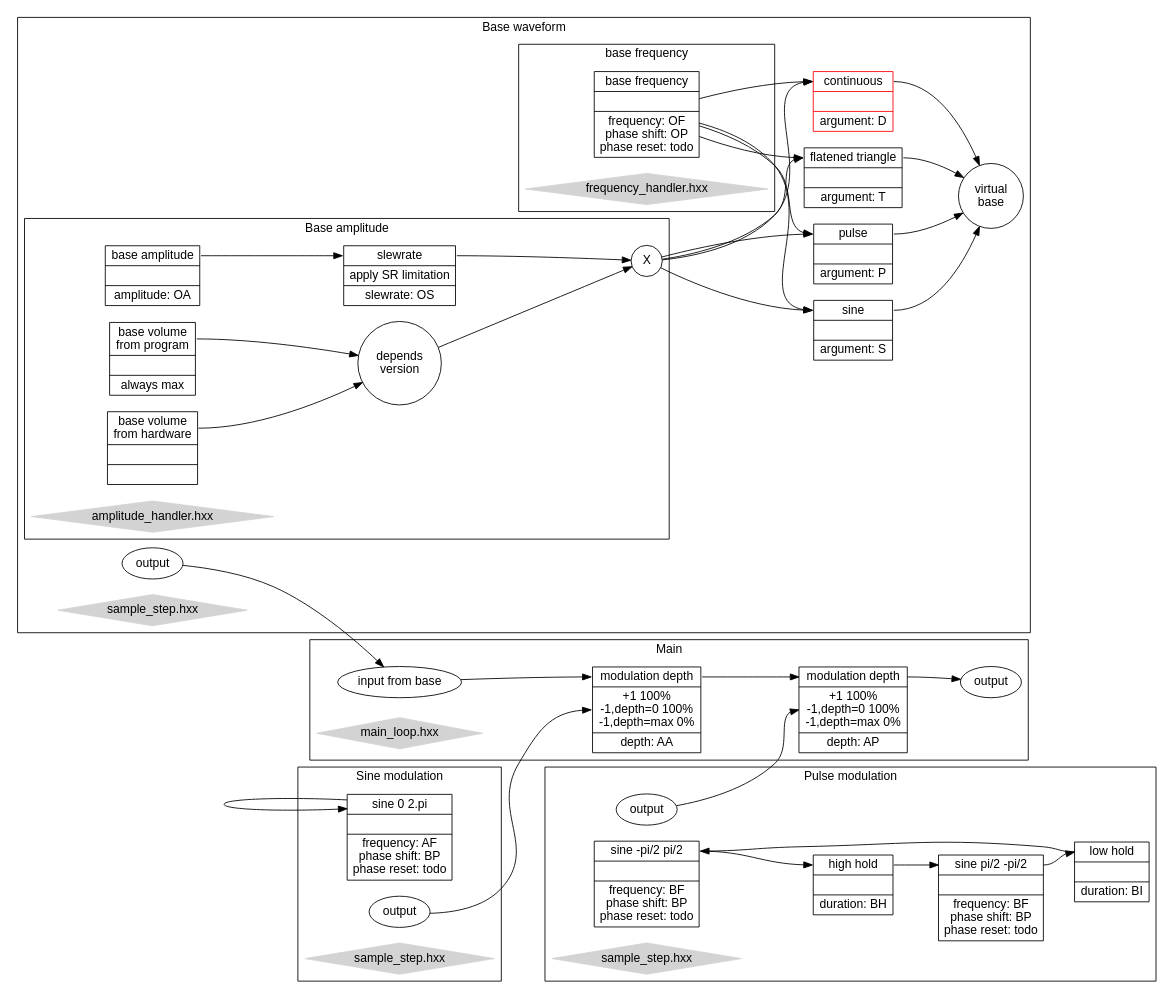
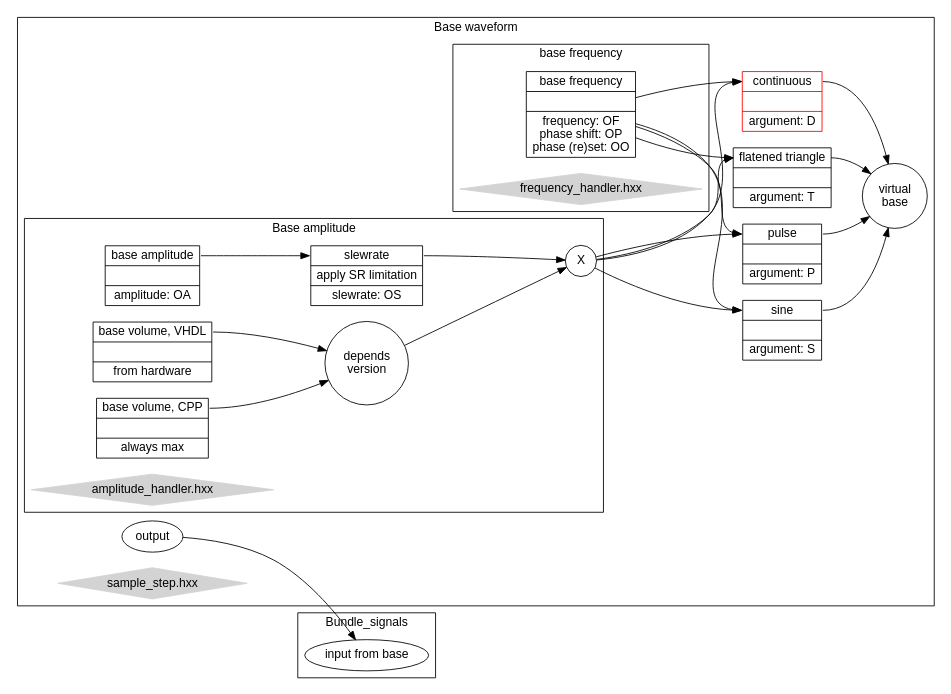
One commit to ElecGeek/MultiSignalGene changed the diagram in Documentation/Wave_gene.gv. Above: the diagram before and after it, drawn with Graphviz. The commit also changed 14 other files, not shown here.

```diff
--- a/Documentation/Wave_gene.gv
+++ b/Documentation/Wave_gene.gv
@@ -1,109 +1,69 @@
 digraph g {
 		comment=""
 		comment="Sorry my lisp installation of graphviz is broken. I hope to fix it ASAP"
 		comment=""
 		 fontname="Helvetica,Arial,sans-sherif"
 		 node [fontname="Helvetica,Arial,sans-sherif"]
 		 edge [fontname="Helvetica,Arial,sans-sherif"]
 		 graph [rankdir="LR"]
 
 		 subgraph cluster_sample_base {
 		 		 subgraph cluster_sample_frequency {
 		 		 		  node [shape=record]
 				 		  subgraph sample_base_frequency {
-				  				  node [label="<f0>base frequency||frequency: OF\nphase shift: OP\nphase reset: todo"] n_sample_base_frequency;
+				  				  node [label="<f0>base frequency||frequency: OF\nphase shift: OP\nphase (re)set: OO"] n_sample_base_frequency;
 					   }
 				  	   node [label="frequency_handler.hxx";shape=diamond;style=filled;color=lightgrey] "n_sample_frequency_filename";
 					  label="base frequency";
 				  	}
 		 		 subgraph cluster_sample_amplitude {
 		 		 		  node [shape=record]
 				 		  subgraph sample_base_amplitude {
 				  				  node [label="<f0>base amplitude||amplitude: OA"] n_sample_amplitude_soft;
 				  				  node [label="<f0>slewrate|apply SR limitation|slewrate: OS"] n_sample_amplitude_slewrate;
-				  				  node [label="<f0>base volume\nfrom program||always max"] n_sample_volume_soft;
-				  				  node [label="<f0>base volume\nfrom hardware||"] n_sample_volume_hard;
+				  				  node [label="<f0>base volume, CPP||always max"] n_sample_volume_soft;
+				  				  node [label="<f0>base volume, VHDL||from hardware"] n_sample_volume_hard;
 						}
 				  node [label="depends\nversion";shape=circle] "n_sample_amplitude_version";
 				  node [label="X"] "n_sample_amplitude_product";
 				  "n_sample_volume_soft":f0 -> "n_sample_amplitude_version" [arrowtail=odiamond];
 				  "n_sample_volume_hard":f0 -> "n_sample_amplitude_version";
 				  "n_sample_amplitude_version" -> "n_sample_amplitude_product";
 				  "n_sample_amplitude_soft":f0 -> "n_sample_amplitude_slewrate":f0;
 				  "n_sample_amplitude_slewrate":f0 -> "n_sample_amplitude_product"
 			       label = "Base amplitude";
 			  	   node [label="amplitude_handler.hxx";shape=diamond;style=filled;color=lightgrey] "n_sample_amplitude_filename";
 		 		  }
 		 		  node [shape=record]
 				  subgraph sample_base_shapes {
 				  				  node [label="<f0>sine||argument: S"] n_sample_base_sine;
 				  				  node [label="<f0>pulse||argument: P"] n_sample_base_pulse;
 				  				  node [label="<f0>flatened triangle||argument: T"] n_sample_base_triangle;
 				  				  node [label="<f0>continuous||argument: D";color=red] n_sample_base_dc;
 				  }
 				  "n_sample_base_frequency" -> "n_sample_base_sine":f0;
 				  "n_sample_base_frequency" -> "n_sample_base_pulse":f0;
 				  "n_sample_base_frequency" -> "n_sample_base_triangle":f0;
 				  "n_sample_base_frequency" -> "n_sample_base_dc":f0;
 				  "n_sample_amplitude_product" -> "n_sample_base_sine":f0;
 				  "n_sample_amplitude_product" -> "n_sample_base_pulse":f0;
 				  "n_sample_amplitude_product" -> "n_sample_base_triangle":f0;
 				  "n_sample_amplitude_product" -> "n_sample_base_dc":f0;
 				  node [label="virtual\nbase";shape=circle] n_sample_base_virtual_base;
 				  "n_sample_base_sine":f0 -> "n_sample_base_virtual_base" [arrowtail=odiamond];
 				  "n_sample_base_pulse":f0 -> "n_sample_base_virtual_base";
 				  "n_sample_base_triangle":f0 -> "n_sample_base_virtual_base";
 				  "n_sample_base_dc":f0 -> "n_sample_base_virtual_base";
 				  
 				  label = "Base waveform";
 				  node [label="output";shape=ellipse] "n_sample_base_out";
 				  node [label="sample_step.hxx";shape=diamond;style=filled;color=lightgrey] "n_sample_base_filename";
 
 		 }
 
-		 subgraph cluster_sample_modulation {
-		 		  node [shape=record]
-		 		  node [label="<f0>sine 0 2.pi||frequency: AF\nphase shift: BP\nphase reset: todo"] "n_sample_modulation_1";
-				  "n_sample_modulation_1":f0 -> "n_sample_modulation_1":f0;
-				  label = "Sine modulation";
-				  node [label="output";shape=ellipse] "n_sample_modulation_out";
-				  node [label="sample_step.hxx";shape=diamond;style=filled;color=lightgrey] "n_sample_modulation_filename";
+		 subgraph cluster_sample_bundle {
+  		 		  node [label="input from base";shape=ellipse] "n_bundle_signals_in";
+ 				  label = "Bundle_signals";
 		 }
-
-		 subgraph cluster_sample_pulse {
-		 		  subgraph sample_pulse_cycle {
-				  		 		  node [shape=record]
-		 		  				  node [label="<f0>sine -pi/2 pi/2||frequency: BF\nphase shift: BP\nphase reset: todo"] "n_sample_pulse_1";
-		 		  				  node [label="<f0>high hold||duration: BH"] "n_sample_pulse_2";
-		 		  				  node [label="<f0>sine pi/2 -pi/2||frequency: BF\nphase shift: BP\nphase reset: todo"] "n_sample_pulse_3";
-		 		  				  node [label="<f0>low hold||duration: BI"] "n_sample_pulse_4";
-				  }
-				  "n_sample_pulse_1":f0 -> "n_sample_pulse_2":f0;
-				  "n_sample_pulse_2":f0 -> "n_sample_pulse_3":f0;
-				  "n_sample_pulse_3":f0 -> "n_sample_pulse_4":f0;
-				  "n_sample_pulse_4":f0 -> "n_sample_pulse_1":f0;
-				  label = "Pulse modulation";
-				  node [label="output";shape=ellipse] "n_sample_pulse_out";
-				  node [label="sample_step.hxx";shape=diamond;style=filled;color=lightgrey] "n_sample_pulse_filename";
-		 }
-
-		 subgraph cluster_sample_bundle {
-  		 		  node [label="input from base";shape=ellipse] "n_sample_main_in";
-				  subgraph sample_bundle_process
-				  {
-						node [shape=record]
-		 		  		node [label="<f0>modulation depth|<f1>+1 100%\n-1,depth=0 100%\n-1,depth=max 0%|depth: AP"] "n_sample_pulse_depth";
-		 		  		node [label="<f0>modulation depth|<f1>+1 100%\n-1,depth=0 100%\n-1,depth=max 0%|depth: AA"] "n_sample_modulation_depth";
-				  		"n_sample_modulation_depth":f0 -> "n_sample_pulse_depth":f0;
-				  }
-				  "n_sample_main_in" -> "n_sample_modulation_depth":f0;
-				  node [label="output";shape=ellipse] "n_sample_main_out";
-				  "n_sample_pulse_depth":f0 -> "n_sample_main_out";
-				  label = "Main";
-				  node [label="main_loop.hxx";shape=diamond;style=filled;color=lightgrey] "n_sample_bundle_filename";
-		 }
-		 "n_sample_modulation_out" -> "n_sample_modulation_depth":f1;
-		 "n_sample_pulse_out" -> "n_sample_pulse_depth":f1;
-
-		 "n_sample_base_out" -> "n_sample_main_in";
+		 "n_sample_base_out" -> "n_bundle_signals_in";
 }
```
